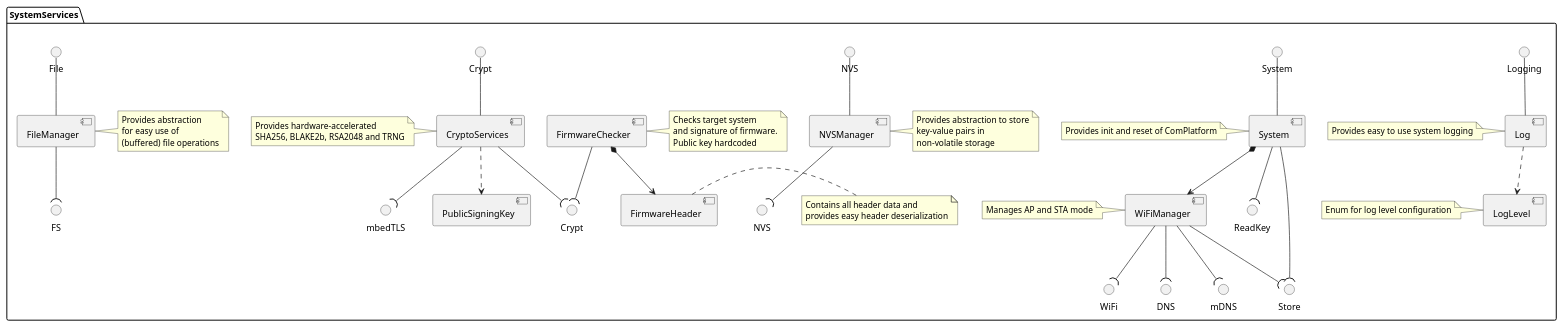
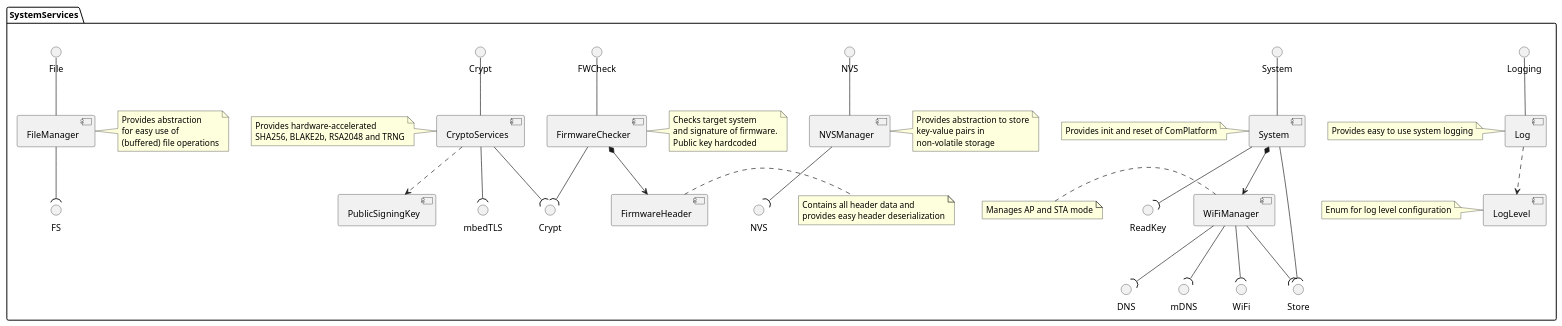
Before and after one commit to NewTec-GmbH/ZumoComSystem: the diagram in doc/architecture/server/05_SystemServices.plantuml, drawn with PlantUML. The commit also changed 3 other files, not shown here.

Commit message:
refactor(doc): Update architecture diagrams

```diff
--- a/doc/architecture/server/05_SystemServices.plantuml
+++ b/doc/architecture/server/05_SystemServices.plantuml
@@ -1,61 +1,63 @@
 @startuml
 package SystemServices {
     interface "Crypt" as crypthal
     interface "mbedTLS" as mbedtlshal
     interface "NVS" as nvshal
     interface "FS" as fshal
     interface "ReadKey" as readkey
     interface "WiFi" as wifihal
     interface "Store" as store
     interface "System" as systemhal
 
     interface "File" as File
     interface "Crypt" as Crypt
     interface "NVS" as nvs
     interface "Logging" as Logging
+    interface "FWCheck" as fwcheck
 
     component "System" as initcom
     component "FirmwareChecker" as firmwarecheck
     component "FirmwareHeader" as fwheader
     component "PublicSigningKey" as pubkey
     component "CryptoServices" as cryptoservices
     component "FileManager" as filemanager
     component "NVSManager" as nvsmanager
     component "WiFiManager" as wifilayerhal
     component "Log" as logger
     component "LogLevel" as loglevel
 
     note left of cryptoservices : Provides hardware-accelerated\nSHA256, BLAKE2b, RSA2048 and TRNG
     note right of firmwarecheck : Checks target system\nand signature of firmware.\nPublic key hardcoded
     note right of fwheader : Contains all header data and\nprovides easy header deserialization
     note right of filemanager : Provides abstraction\nfor easy use of\n(buffered) file operations
     note right of nvsmanager : Provides abstraction to store\nkey-value pairs in\nnon-volatile storage
     note left of initcom : Provides init and reset of ComPlatform
     note left of wifilayerhal: Manages AP and STA mode
     note left of logger: Provides easy to use system logging
     note left of loglevel: Enum for log level configuration
 
     filemanager -up- File
     cryptoservices -up- Crypt
     nvsmanager -up- nvs
     initcom -up- systemhal
     logger -up- Logging
+    firmwarecheck -up- fwcheck
 
     initcom *--> wifilayerhal
     firmwarecheck *--> fwheader
     logger ..> loglevel
     cryptoservices ..> pubkey
 
     firmwarecheck -down-(crypthal
     nvsmanager -down-(nvshal
     filemanager -down-(fshal
     initcom -down-(readkey
     initcom -down-(store
     wifilayerhal -down-(wifihal
     wifilayerhal -down-(store
     wifilayerhal -down-(DNS
     wifilayerhal -down-(mDNS
     cryptoservices -down-(crypthal
     cryptoservices -down-(mbedtlshal
 }
 @enduml
```
